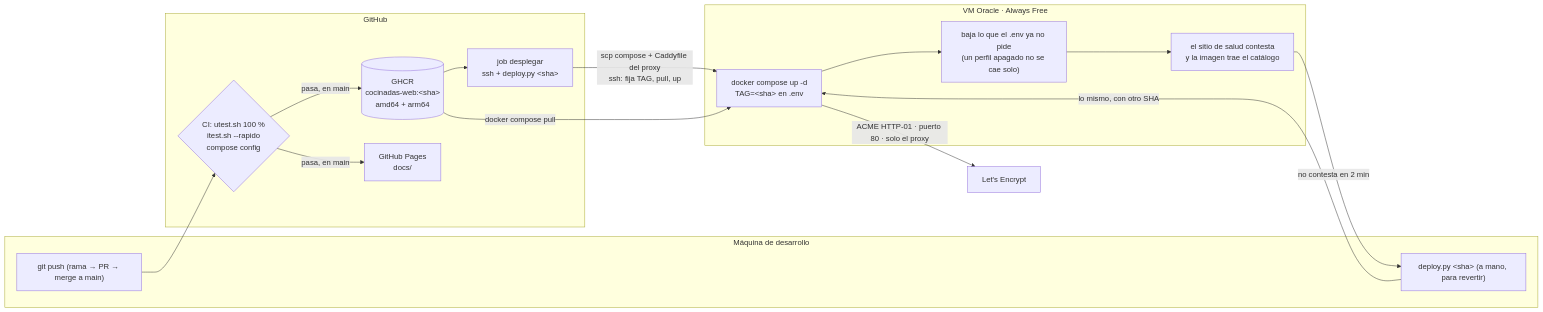
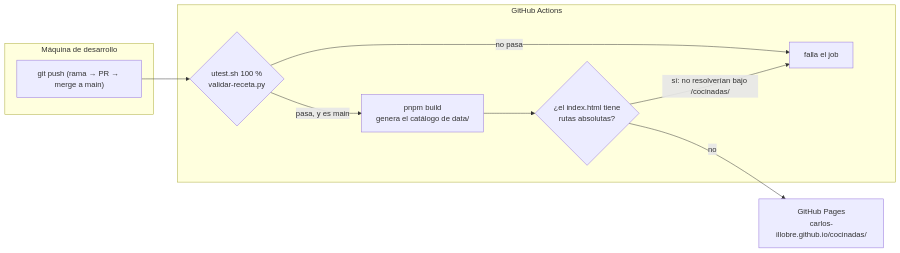
One commit to carlos-illobre/cocinadas changed the diagram in docs/diagrams/despliegue.mmd. Above: the diagram before and after it, drawn with Mermaid. The commit also changed 22 other files, not shown here.

```diff
--- a/docs/diagrams/despliegue.mmd
+++ b/docs/diagrams/despliegue.mmd
@@ -1,27 +1,17 @@
 flowchart LR
   subgraph dev["Máquina de desarrollo"]
     push["git push (rama → PR → merge a main)"]
-    manual["deploy.py &lt;sha&gt; (a mano, para revertir)"]
   end
-  subgraph gh["GitHub"]
-    ci{"CI: utest.sh 100 %<br/>itest.sh --rapido<br/>compose config"}
-    ghcr[("GHCR<br/>cocinadas-web:&lt;sha&gt;<br/>amd64 + arm64")]
-    pages["GitHub Pages<br/>docs/"]
-    deploy["job desplegar<br/>ssh + deploy.py &lt;sha&gt;"]
+  subgraph gh["GitHub Actions"]
+    pruebas{"utest.sh 100 %<br/>validar-receta.py"}
+    build["pnpm build<br/>genera el catálogo de data/"]
+    guarda{"¿el index.html tiene<br/>rutas absolutas?"}
+    falla["falla el job"]
   end
-  subgraph vm["VM Oracle · Always Free"]
-    compose["docker compose up -d<br/>TAG=&lt;sha&gt; en .env"]
-    limpieza["baja lo que el .env ya no pide<br/>(un perfil apagado no se cae solo)"]
-    health["el sitio de salud contesta<br/>y la imagen trae el catálogo"]
-  end
-  le["Let's Encrypt"]
-  push --> ci
-  ci -- "pasa, en main" --> ghcr
-  ci -- "pasa, en main" --> pages
-  ghcr --> deploy
-  deploy -- "scp compose + Caddyfile del proxy<br/>ssh: fija TAG, pull, up" --> compose
-  manual -- "lo mismo, con otro SHA" --> compose
-  ghcr -- "docker compose pull" --> compose
-  compose --> limpieza --> health
-  health -- "no contesta en 2 min" --> manual
-  compose -- "ACME HTTP-01 · puerto 80 · solo el proxy" --> le
+  pages["GitHub Pages<br/>carlos-illobre.github.io/cocinadas/"]
+  push --> pruebas
+  pruebas -- "no pasa" --> falla
+  pruebas -- "pasa, y es main" --> build
+  build --> guarda
+  guarda -- "sí: no resolverían bajo /cocinadas/" --> falla
+  guarda -- "no" --> pages
```
